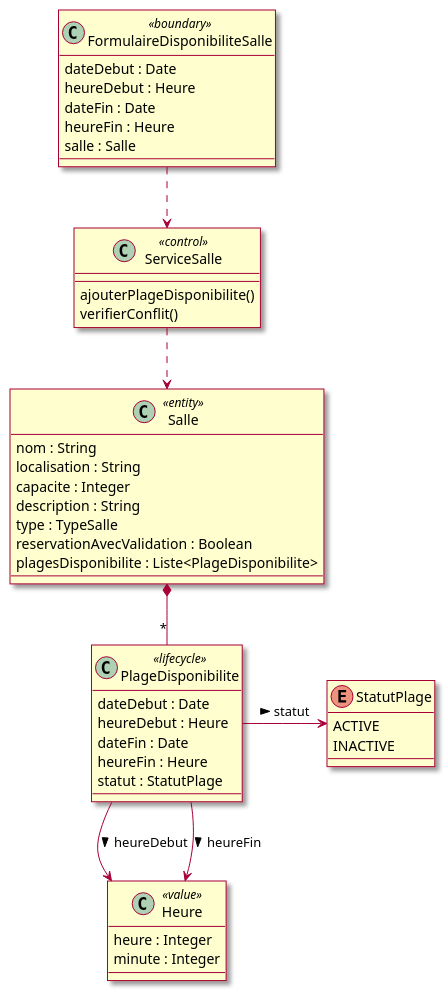
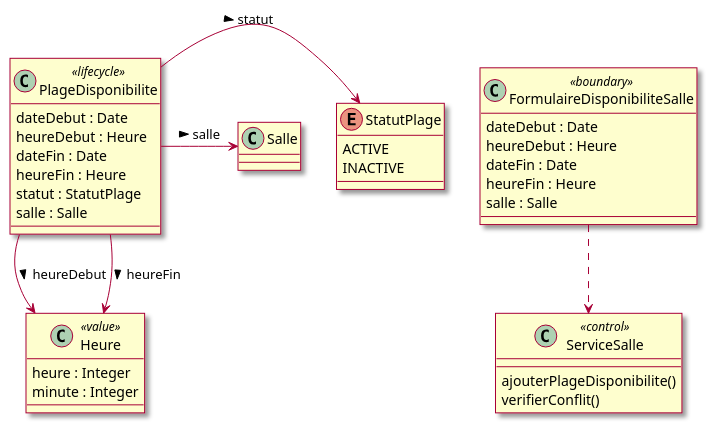
Before and after one commit to mrajaonson/glg204-room-management-system: diagram 20 of 58 in docs/02-Analyse.md, drawn with PlantUML. The commit also changed other lines of this file and 3 other files, not shown here.

````diff
--- a/docs/02-Analyse.md
+++ b/docs/02-Analyse.md
@@ -641,54 +674,44 @@
 ```plantuml
 @startuml
 skin rose
 
 class FormulaireDisponibiliteSalle <<boundary>> {
   dateDebut : Date
   heureDebut : Heure
   dateFin : Date
   heureFin : Heure
   salle : Salle
 }
 
 class ServiceSalle <<control>> {
   ajouterPlageDisponibilite()
   verifierConflit()
 }
 
-class Salle <<entity>> {
-  nom : String
-  localisation : String
-  capacite : Integer
-  description : String
-  type : TypeSalle
-  reservationAvecValidation : Boolean
-  plagesDisponibilite : Liste<PlageDisponibilite>
-}
-
 class PlageDisponibilite <<lifecycle>> {
   dateDebut : Date
   heureDebut : Heure
   dateFin : Date
   heureFin : Heure
   statut : StatutPlage
+  salle : Salle
 }
 
 enum StatutPlage {
   ACTIVE
   INACTIVE
 }
 
 class Heure <<value>> {
   heure : Integer
   minute : Integer
 }
 
 FormulaireDisponibiliteSalle ..> ServiceSalle
-ServiceSalle ..> Salle
-Salle *-- "*" PlageDisponibilite
 PlageDisponibilite -> StatutPlage : > statut
 PlageDisponibilite --> Heure : > heureDebut
 PlageDisponibilite --> Heure : > heureFin
+PlageDisponibilite -> Salle : > salle
 
 @enduml
 ```
````
